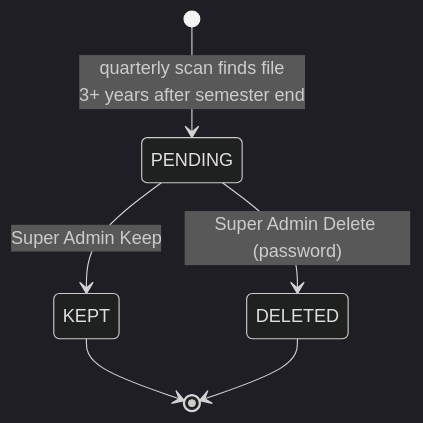
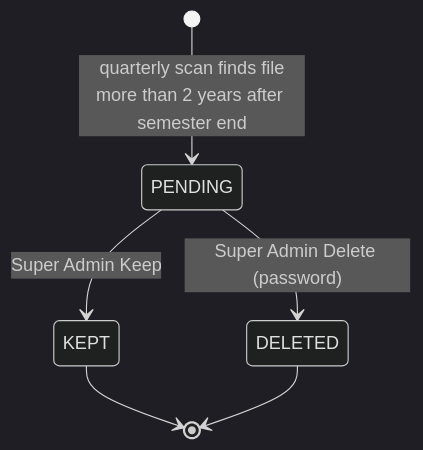
One commit to team-beacon-slu/idsms-cis changed diagram 13 of 21 in docs/system/13-app-flow.md. Above: the diagram before and after it, drawn with Mermaid (dark theme). The commit also changed other lines of this file and 21 other files, not shown here.

````diff
--- a/docs/system/13-app-flow.md
+++ b/docs/system/13-app-flow.md
@@ -330,8 +347,8 @@
 ```mermaid
 stateDiagram-v2
-    [*] --> PENDING: quarterly scan finds file<br/>3+ years after semester end
+    [*] --> PENDING: quarterly scan finds file<br/>more than 2 years after semester end
     PENDING --> KEPT: Super Admin Keep
     PENDING --> DELETED: Super Admin Delete (password)
     KEPT --> [*]
     DELETED --> [*]
 ```
````
